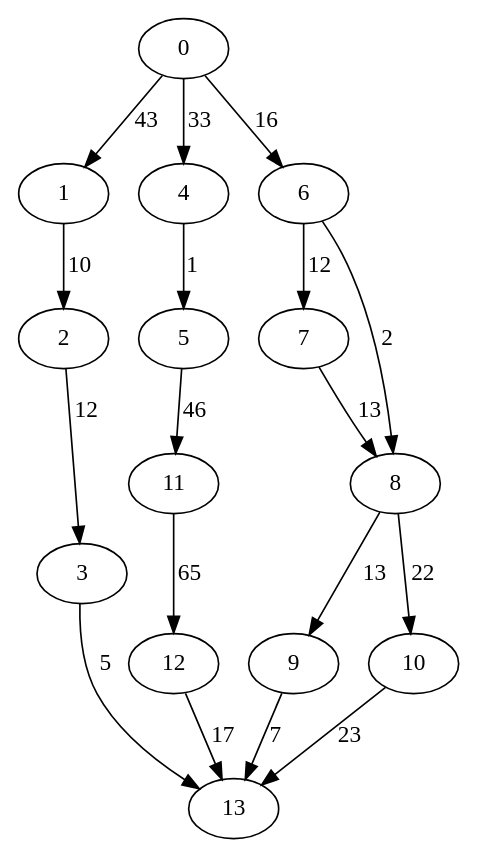
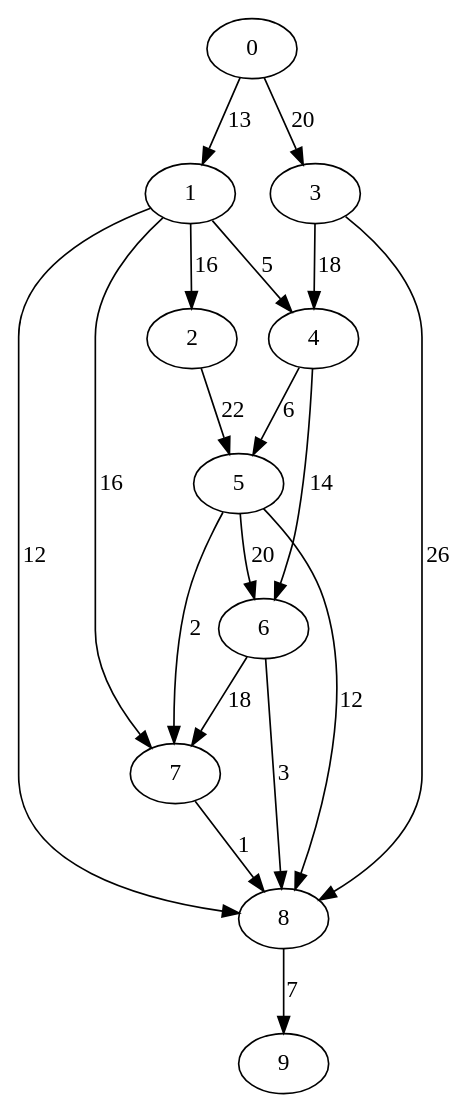
One commit to asaloniti/DagScheduling_old changed the diagram in dotfiles/data1.dot. Above: the diagram before and after it, drawn with Graphviz. The commit also changed 43 other files, not shown here.

```diff
--- a/dotfiles/data1.dot
+++ b/dotfiles/data1.dot
@@ -1,19 +1,20 @@
 digraph data1 {
-0 -> 1 [ label = 43 ];
-0 -> 4 [ label = 33 ];
-0 -> 6 [ label = 16 ];
-1 -> 2 [ label = 10 ];
-2 -> 3 [ label = 12 ];
-3 -> 13 [ label = 5 ];
-4 -> 5 [ label = 1 ];
-5 -> 11 [ label = 46 ];
-6 -> 7 [ label = 12 ];
-6 -> 8 [ label = 2 ];
-7 -> 8 [ label = 13 ];
-8 -> 9 [ label = 13 ];
-8 -> 10 [ label = 22 ];
-9 -> 13 [ label = 7 ];
-10 -> 13 [ label = 23 ];
-11 -> 12 [ label = 65 ];
-12 -> 13 [ label = 17 ];
+0 -> 1 [ label = 13 ];
+0 -> 3 [ label = 20 ];
+1 -> 2 [ label = 16 ];
+1 -> 4 [ label = 5 ];
+1 -> 7 [ label = 16 ];
+1 -> 8 [ label = 12 ];
+2 -> 5 [ label = 22 ];
+3 -> 4 [ label = 18 ];
+3 -> 8 [ label = 26 ];
+4 -> 5 [ label = 6 ];
+4 -> 6 [ label = 14 ];
+5 -> 6 [ label = 20 ];
+5 -> 7 [ label = 2 ];
+5 -> 8 [ label = 12 ];
+6 -> 7 [ label = 18 ];
+6 -> 8 [ label = 3 ];
+7 -> 8 [ label = 1 ];
+8 -> 9 [ label = 7 ];
  }
```
